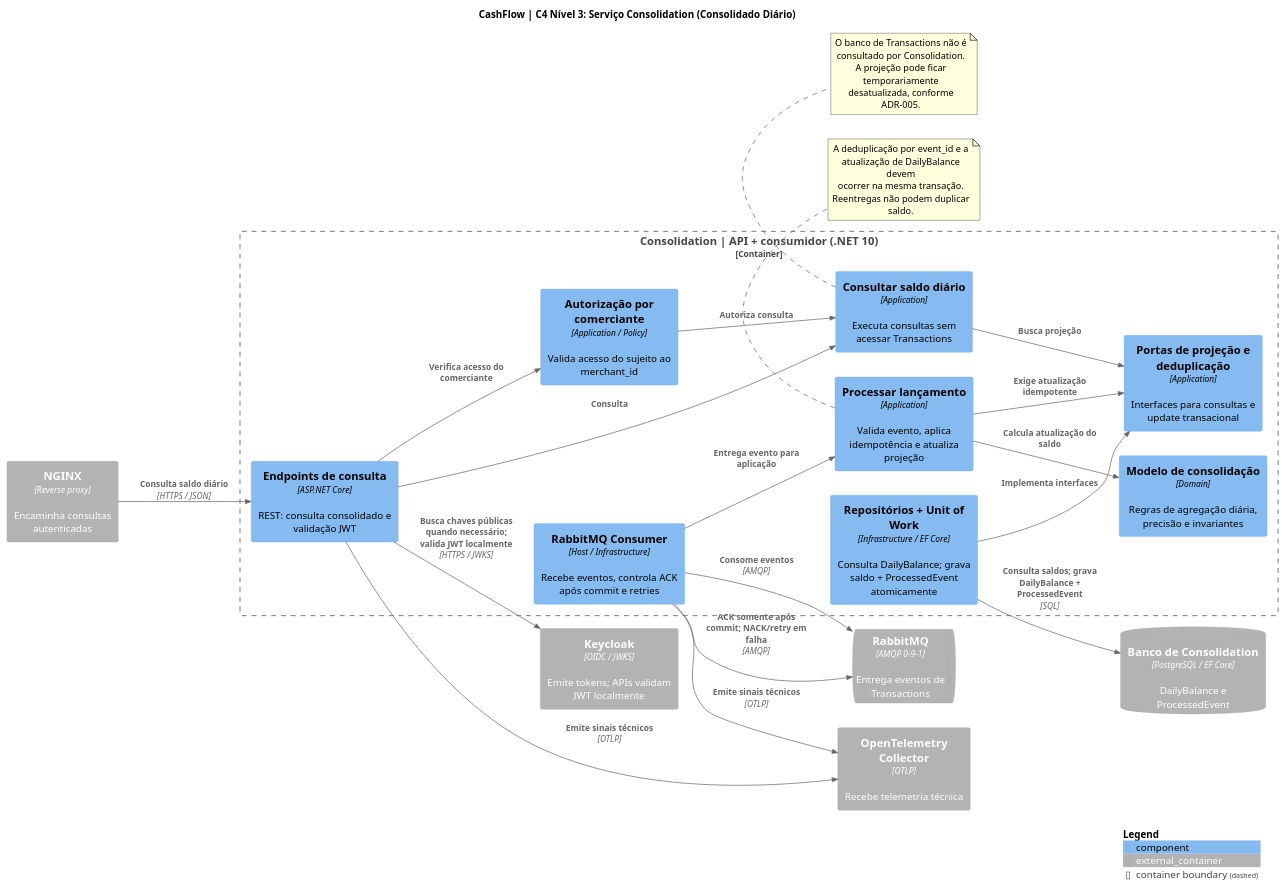
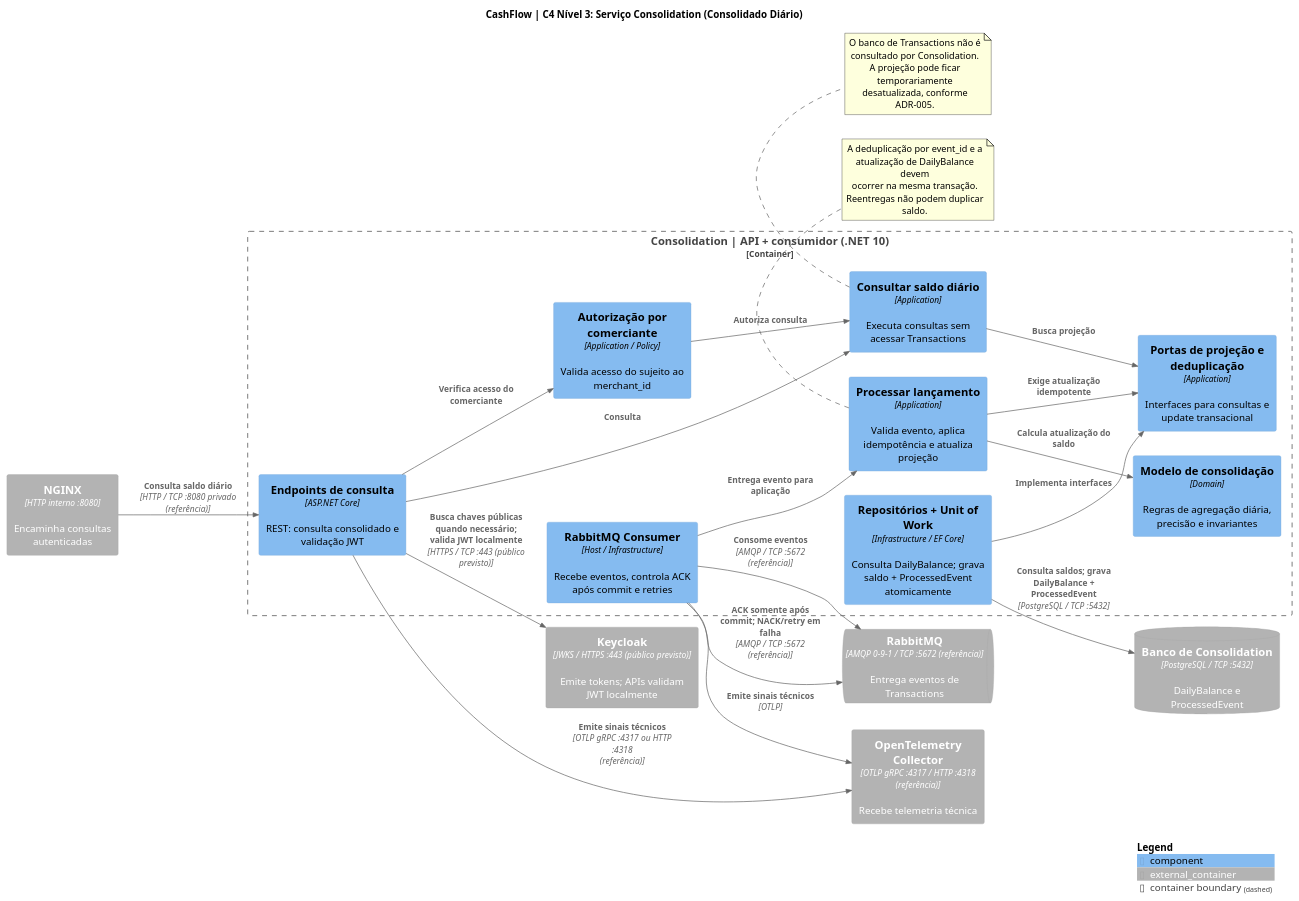
The diagram in docs/architecture/plantuml/c4-components-consolidation.puml (wolwerr/CashFlow-Architecture), drawn with PlantUML before and after one commit.

Commit message:
docs(c4): document protocol ports on C4 container and component relationships (#6)

```diff
--- a/docs/architecture/plantuml/c4-components-consolidation.puml
+++ b/docs/architecture/plantuml/c4-components-consolidation.puml
@@ -1,55 +1,55 @@
 @startuml CashFlow_Consolidation_Components
 !include <C4/C4_Component>
 
 title CashFlow | C4 Nível 3: Serviço Consolidation (Consolidado Diário)
 LAYOUT_LEFT_RIGHT()
 
-Container_Ext(nginx, "NGINX", "Reverse proxy", "Encaminha consultas autenticadas")
-Container_Ext(keycloak, "Keycloak", "OIDC / JWKS", "Emite tokens; APIs validam JWT localmente")
-ContainerQueue_Ext(rabbit, "RabbitMQ", "AMQP 0-9-1", "Entrega eventos de Transactions")
-ContainerDb_Ext(consolidationDb, "Banco de Consolidation", "PostgreSQL / EF Core", "DailyBalance e ProcessedEvent")
-Container_Ext(otel, "OpenTelemetry Collector", "OTLP", "Recebe telemetria técnica")
+Container_Ext(nginx, "NGINX", "HTTP interno :8080", "Encaminha consultas autenticadas")
+Container_Ext(keycloak, "Keycloak", "JWKS / HTTPS :443 (público previsto)", "Emite tokens; APIs validam JWT localmente")
+ContainerQueue_Ext(rabbit, "RabbitMQ", "AMQP 0-9-1 / TCP :5672 (referência)", "Entrega eventos de Transactions")
+ContainerDb_Ext(consolidationDb, "Banco de Consolidation", "PostgreSQL / TCP :5432", "DailyBalance e ProcessedEvent")
+Container_Ext(otel, "OpenTelemetry Collector", "OTLP gRPC :4317 / HTTP :4318 (referência)", "Recebe telemetria técnica")
 
 Container_Boundary(consolidation, "Consolidation | API + consumidor (.NET 10)") {
   Component(api, "Endpoints de consulta", "ASP.NET Core", "REST: consulta consolidado e validação JWT")
   Component(auth, "Autorização por comerciante", "Application / Policy", "Valida acesso do sujeito ao merchant_id")
   Component(query, "Consultar saldo diário", "Application", "Executa consultas sem acessar Transactions")
   Component(consumer, "RabbitMQ Consumer", "Host / Infrastructure", "Recebe eventos, controla ACK após commit e retries")
   Component(process, "Processar lançamento", "Application", "Valida evento, aplica idempotência e atualiza projeção")
   Component(domain, "Modelo de consolidação", "Domain", "Regras de agregação diária, precisão e invariantes")
   Component(ports, "Portas de projeção e deduplicação", "Application", "Interfaces para consultas e update transacional")
   Component(repo, "Repositórios + Unit of Work", "Infrastructure / EF Core", "Consulta DailyBalance; grava saldo + ProcessedEvent atomicamente")
 }
 
-Rel(nginx, api, "Consulta saldo diário", "HTTPS / JSON")
-Rel(api, keycloak, "Busca chaves públicas quando necessário; valida JWT localmente", "HTTPS / JWKS")
+Rel(nginx, api, "Consulta saldo diário", "HTTP / TCP :8080 privado (referência)")
+Rel(api, keycloak, "Busca chaves públicas quando necessário; valida JWT localmente", "HTTPS / TCP :443 (público previsto)")
 Rel(api, auth, "Verifica acesso do comerciante")
 Rel(auth, query, "Autoriza consulta")
 Rel(api, query, "Consulta")
 Rel(query, ports, "Busca projeção")
-Rel(consumer, rabbit, "Consome eventos", "AMQP")
+Rel(consumer, rabbit, "Consome eventos", "AMQP / TCP :5672 (referência)")
 Rel(consumer, process, "Entrega evento para aplicação")
 Rel(process, domain, "Calcula atualização do saldo")
 Rel(process, ports, "Exige atualização idempotente")
 Rel(repo, ports, "Implementa interfaces")
-Rel(repo, consolidationDb, "Consulta saldos; grava DailyBalance + ProcessedEvent", "SQL")
-Rel(consumer, rabbit, "ACK somente após commit; NACK/retry em falha", "AMQP")
-Rel(api, otel, "Emite sinais técnicos", "OTLP")
+Rel(repo, consolidationDb, "Consulta saldos; grava DailyBalance + ProcessedEvent", "PostgreSQL / TCP :5432")
+Rel(consumer, rabbit, "ACK somente após commit; NACK/retry em falha", "AMQP / TCP :5672 (referência)")
+Rel(api, otel, "Emite sinais técnicos", "OTLP gRPC :4317 ou HTTP :4318 (referência)")
 Rel(consumer, otel, "Emite sinais técnicos", "OTLP")
 
 note bottom of process
   A deduplicação por event_id e a
   atualização de DailyBalance devem
   ocorrer na mesma transação.
   Reentregas não podem duplicar saldo.
 end note
 
 note bottom of query
   O banco de Transactions não é
   consultado por Consolidation.
   A projeção pode ficar temporariamente
   desatualizada, conforme ADR-005.
 end note
 
 SHOW_LEGEND()
 @enduml
```
